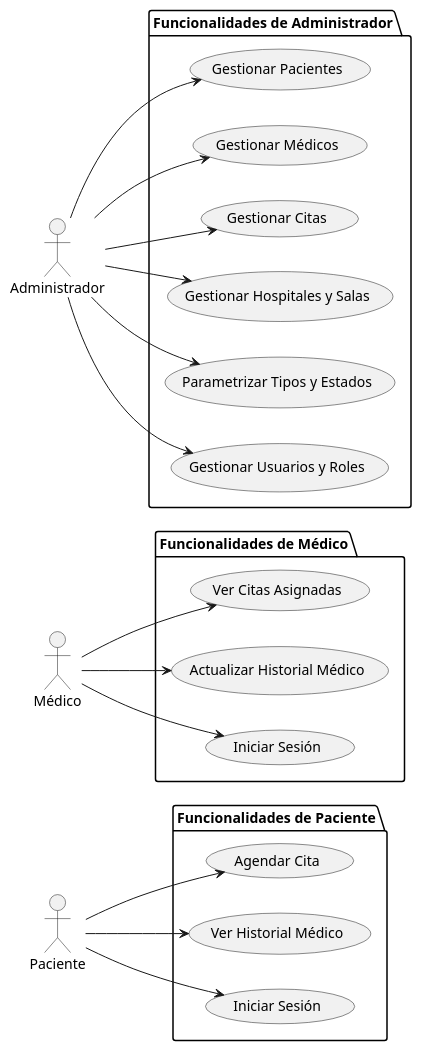
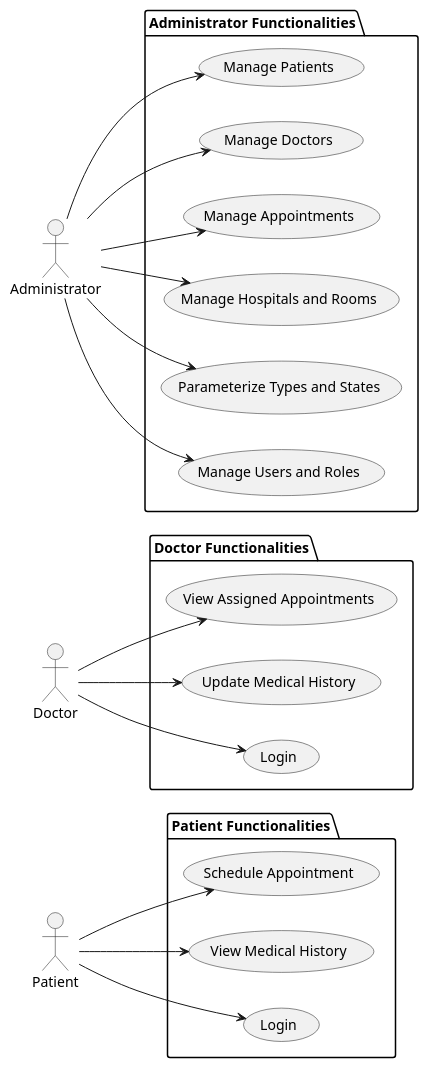
Before and after one commit to AFSB114/test-concept-adso-2899747: the diagram in docs/diagrams/usecase/casos-de-uso.wsd, drawn with PlantUML. The commit also changed 11 other files, not shown here.

Commit message:
docs: translate all diagrams and documentation to English

```diff
--- a/docs/diagrams/usecase/casos-de-uso.wsd
+++ b/docs/diagrams/usecase/casos-de-uso.wsd
@@ -1,45 +1,45 @@
-@startuml Casos de Uso
+@startuml Use Cases
 
 left to right direction
 
-actor "Paciente" as P
-actor "Médico" as M
-actor "Administrador" as A
+actor "Patient" as P
+actor "Doctor" as M
+actor "Administrator" as A
 
-package "Funcionalidades de Paciente" {
-    usecase "Agendar Cita" as UC1
-    usecase "Ver Historial Médico" as UC2
-    usecase "Iniciar Sesión" as UC3
+package "Patient Functionalities" {
+    usecase "Schedule Appointment" as UC1
+    usecase "View Medical History" as UC2
+    usecase "Login" as UC3
 }
 
-package "Funcionalidades de Médico" {
-    usecase "Ver Citas Asignadas" as UC4
-    usecase "Actualizar Historial Médico" as UC5
-    usecase "Iniciar Sesión" as UC6
+package "Doctor Functionalities" {
+    usecase "View Assigned Appointments" as UC4
+    usecase "Update Medical History" as UC5
+    usecase "Login" as UC6
 }
 
-package "Funcionalidades de Administrador" {
-    usecase "Gestionar Pacientes" as UC7
-    usecase "Gestionar Médicos" as UC8
-    usecase "Gestionar Citas" as UC9
-    usecase "Gestionar Hospitales y Salas" as UC10
-    usecase "Parametrizar Tipos y Estados" as UC11
-    usecase "Gestionar Usuarios y Roles" as UC12
+package "Administrator Functionalities" {
+    usecase "Manage Patients" as UC7
+    usecase "Manage Doctors" as UC8
+    usecase "Manage Appointments" as UC9
+    usecase "Manage Hospitals and Rooms" as UC10
+    usecase "Parameterize Types and States" as UC11
+    usecase "Manage Users and Roles" as UC12
 }
 
 P --> UC1
 P --> UC2
 P --> UC3
 
 M --> UC4
 M --> UC5
 M --> UC6
 
 A --> UC7
 A --> UC8
 A --> UC9
 A --> UC10
 A --> UC11
 A --> UC12
 
 @enduml
```
